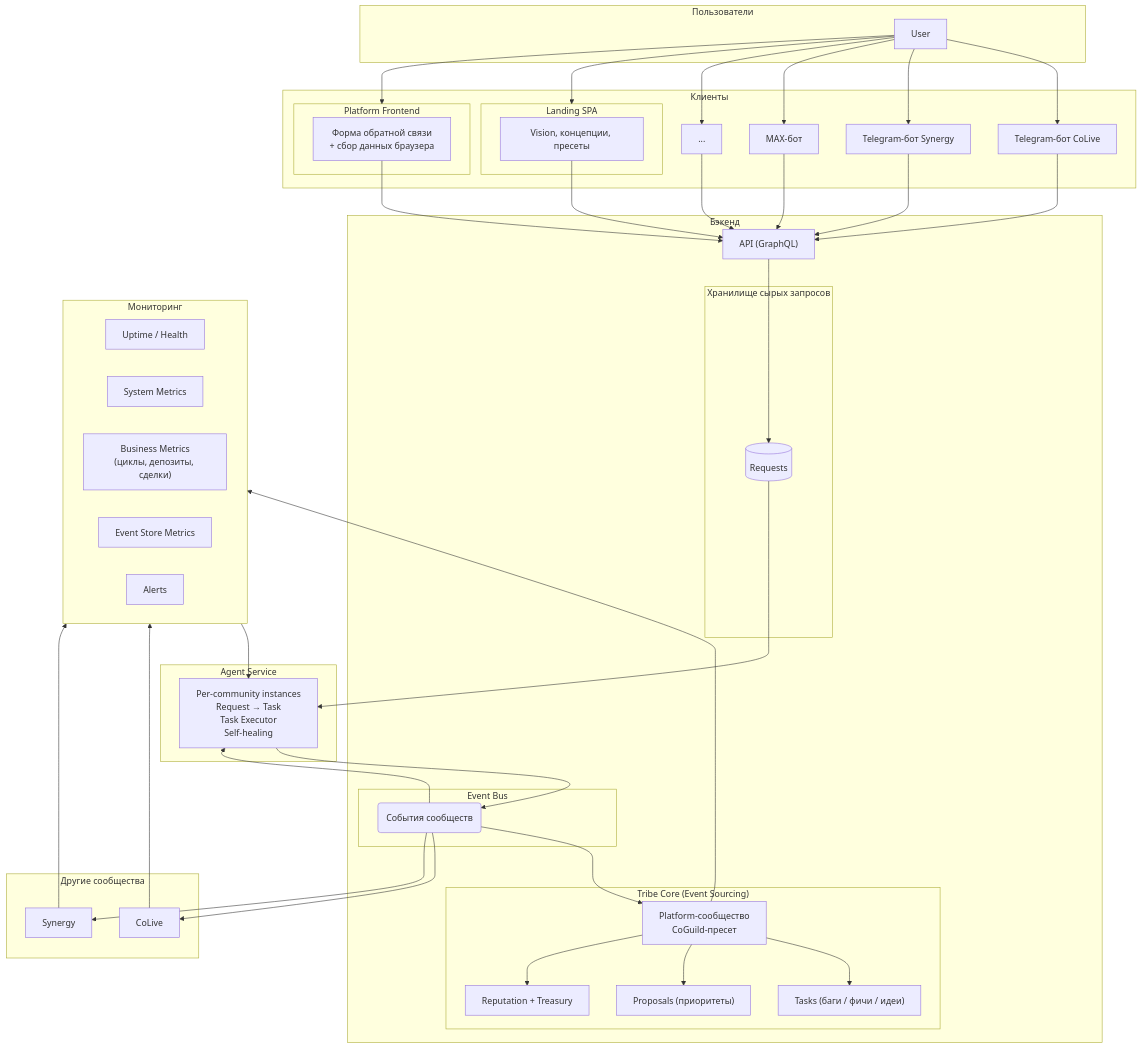
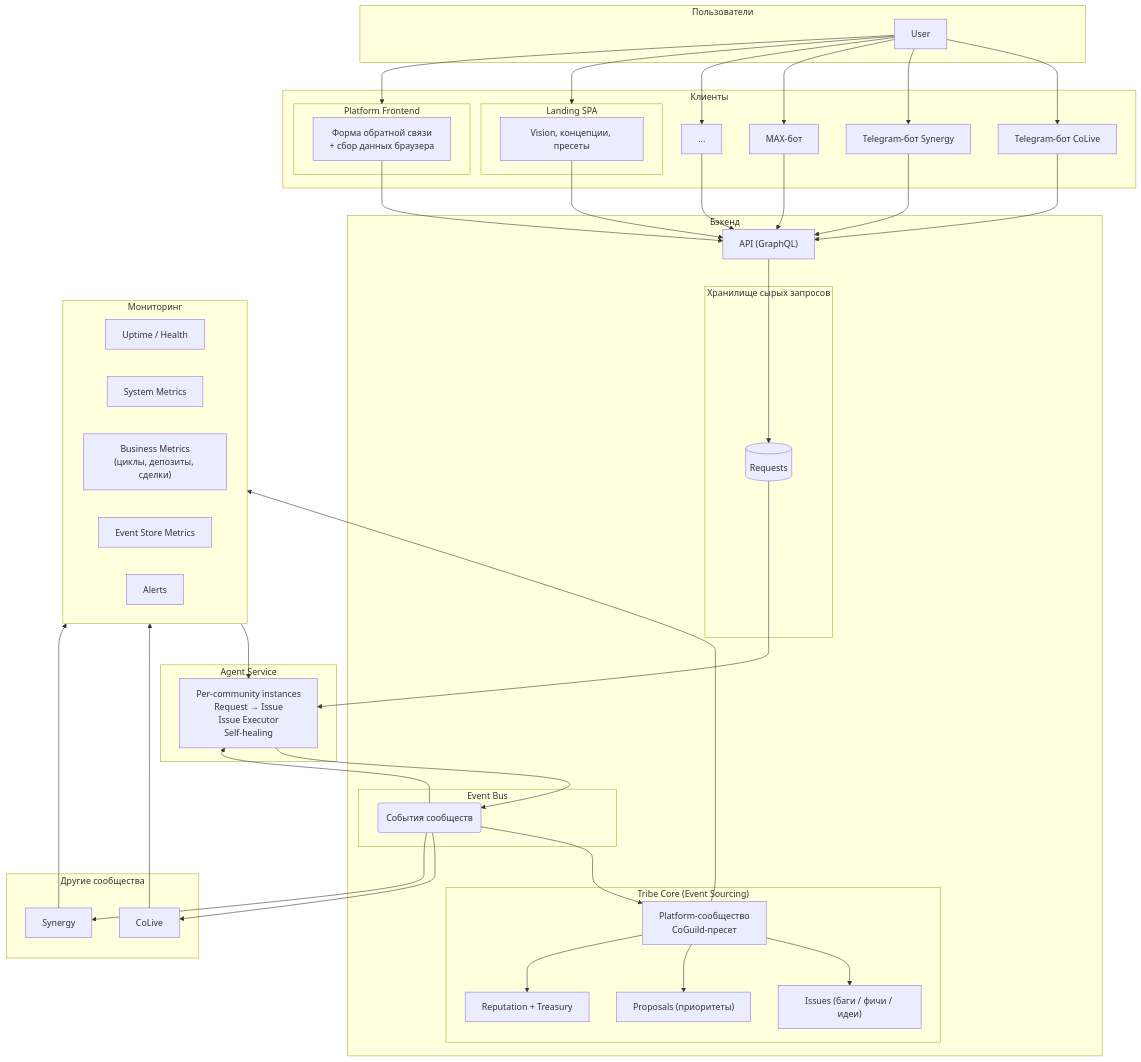
Before and after one commit to civilization-luch/tribe-docs: the diagram in docs/architecture/platform-ecosystem.md, drawn with Mermaid. The commit also changed other lines of this file and 17 other files, not shown here.

Commit message:
docs: rename Tasks/Projects → Issues/Workspaces, update module docs, routes, agent tools

````diff
--- a/docs/architecture/platform-ecosystem.md
+++ b/docs/architecture/platform-ecosystem.md
@@ -9,82 +9,82 @@
 ```mermaid
 graph TB
     subgraph Users["Пользователи"]
         U["User"]
     end
 
     subgraph Clients["Клиенты"]
         subgraph Landing["Landing SPA"]
             LANDING["Vision, концепции, пресеты"]
         end
         subgraph PlatformUI["Platform Frontend"]
             PFORM["Форма обратной связи<br/>+ сбор данных браузера"]
         end
         B1["Telegram-бот CoLive"]
         B2["Telegram-бот Synergy"]
         B3["MAX-бот"]
         B4["..."]
     end
 
     subgraph Backend["Бэкенд"]
         API["API (GraphQL)"]
 
         subgraph Requests["Хранилище сырых запросов"]
             REQ[("Requests")]
         end
 
         subgraph Events["Event Bus"]
             EB("События сообществ")
         end
 
         subgraph PlatformCore["Tribe Core (Event Sourcing)"]
             PL["Platform-сообщество<br/>CoGuild-пресет"]
-            TS["Tasks (баги / фичи / идеи)"]
+            TS["Issues (баги / фичи / идеи)"]
             VL["Proposals (приоритеты)"]
             BW["Reputation + Treasury"]
             PL --> TS
             PL --> VL
             PL --> BW
         end
     end
 
     subgraph Communities["Другие сообщества"]
         CL["CoLive"]
         SY["Synergy"]
     end
 
     subgraph Agents["Agent Service"]
-        AG["Per-community instances<br/>Request → Task<br/>Task Executor<br/>Self-healing"]
+        AG["Per-community instances<br/>Request → Issue<br/>Issue Executor<br/>Self-healing"]
     end
 
     subgraph Monitor["Мониторинг"]
         M1["Uptime / Health"]
         M2["System Metrics"]
         M3["Business Metrics<br/>(циклы, депозиты, сделки)"]
         M4["Event Store Metrics"]
         M5["Alerts"]
     end
 
     U --> Landing
     U --> PlatformUI
     U --> B1
     U --> B2
     U --> B3
     U --> B4
     LANDING --> API
     PFORM --> API
     B1 --> API
     B2 --> API
     B3 --> API
     B4 --> API
     API --> REQ
     REQ --> AG
     AG --> EB
     EB --> AG
     EB --> PL
     EB --> CL
     EB --> SY
     PL --> Monitor
     CL --> Monitor
     SY --> Monitor
     Monitor --> AG
 ```
````
